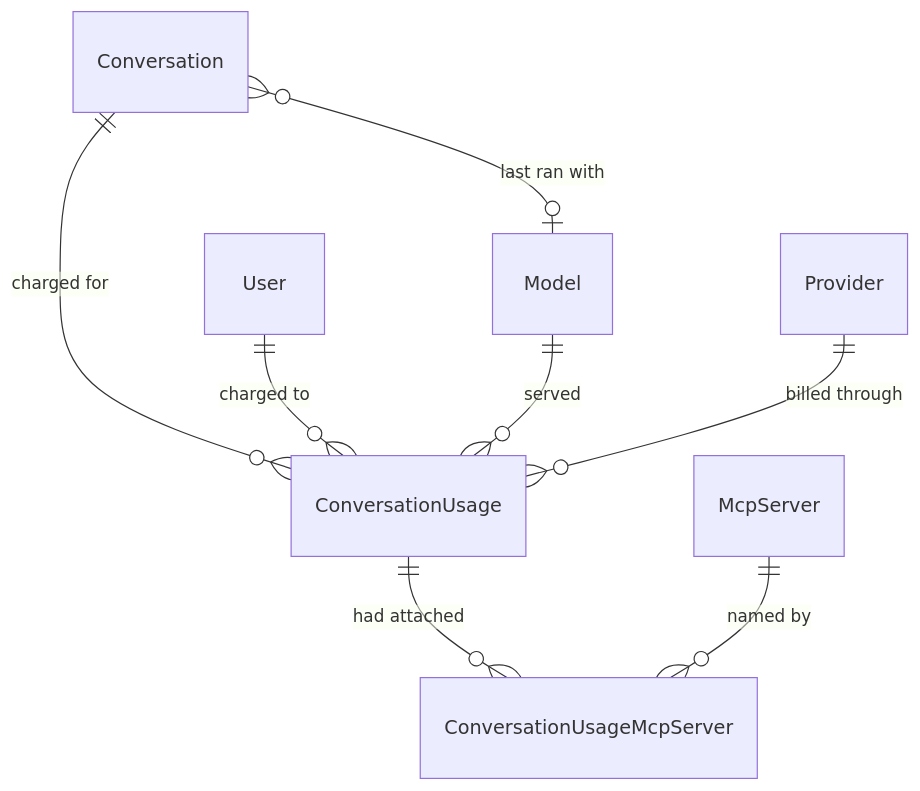
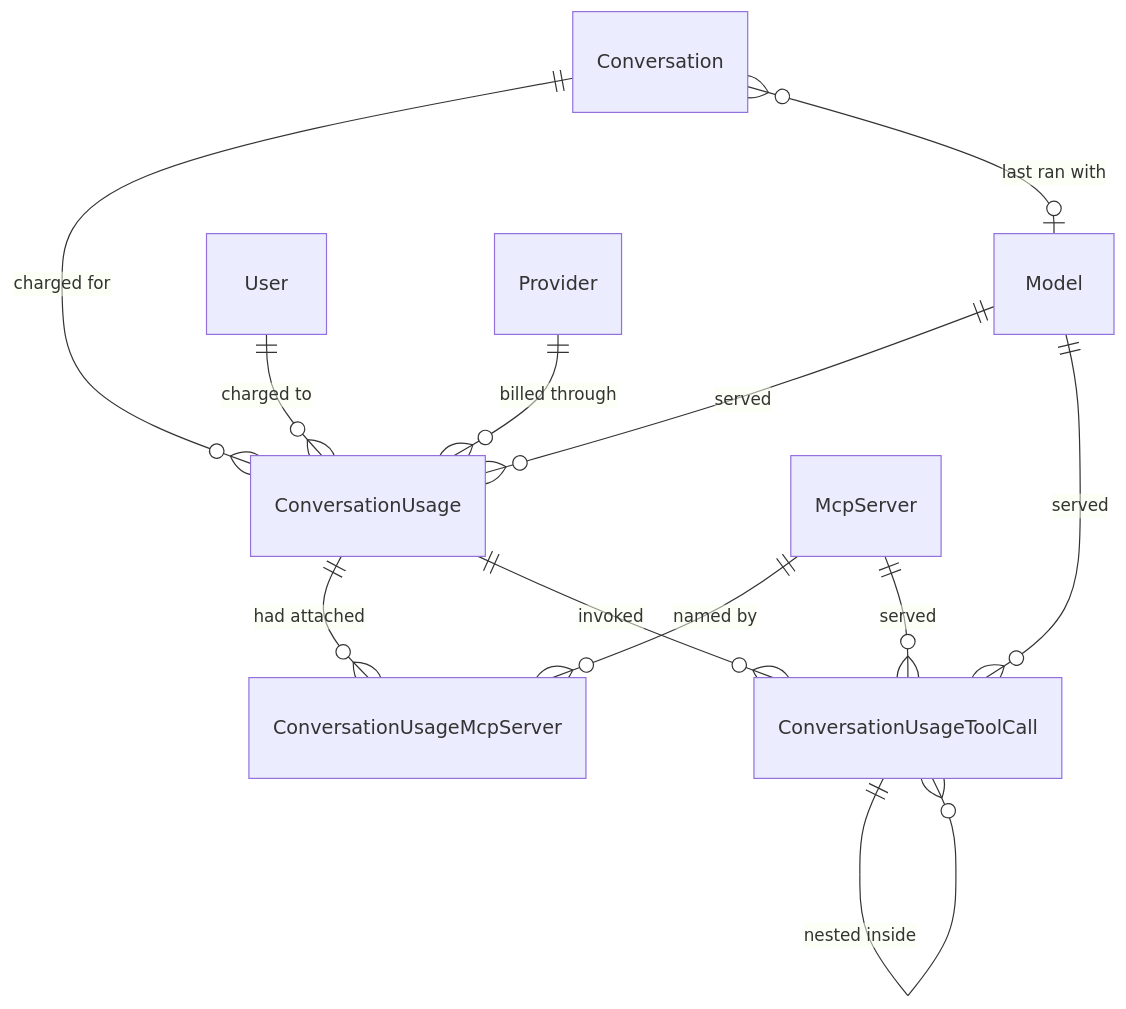
One commit to RorroRojas3/enterprise-gpt changed the diagram in docs/conversations/usage-and-favorites.md. Above: the diagram before and after it, drawn with Mermaid. The commit also changed other lines of this file and 25 other files, not shown here.

````diff
--- a/docs/conversations/usage-and-favorites.md
+++ b/docs/conversations/usage-and-favorites.md
@@ -21,10 +24,14 @@
 ```mermaid
 erDiagram
     Conversation ||--o{ ConversationUsage : "charged for"
     Conversation }o--o| Model : "last ran with"
     User ||--o{ ConversationUsage : "charged to"
     Model ||--o{ ConversationUsage : "served"
     Provider ||--o{ ConversationUsage : "billed through"
     ConversationUsage ||--o{ ConversationUsageMcpServer : "had attached"
     McpServer ||--o{ ConversationUsageMcpServer : "named by"
+    ConversationUsage ||--o{ ConversationUsageToolCall : "invoked"
+    ConversationUsageToolCall ||--o{ ConversationUsageToolCall : "nested inside"
+    McpServer ||--o{ ConversationUsageToolCall : "served"
+    Model ||--o{ ConversationUsageToolCall : "served"
 ```
````
